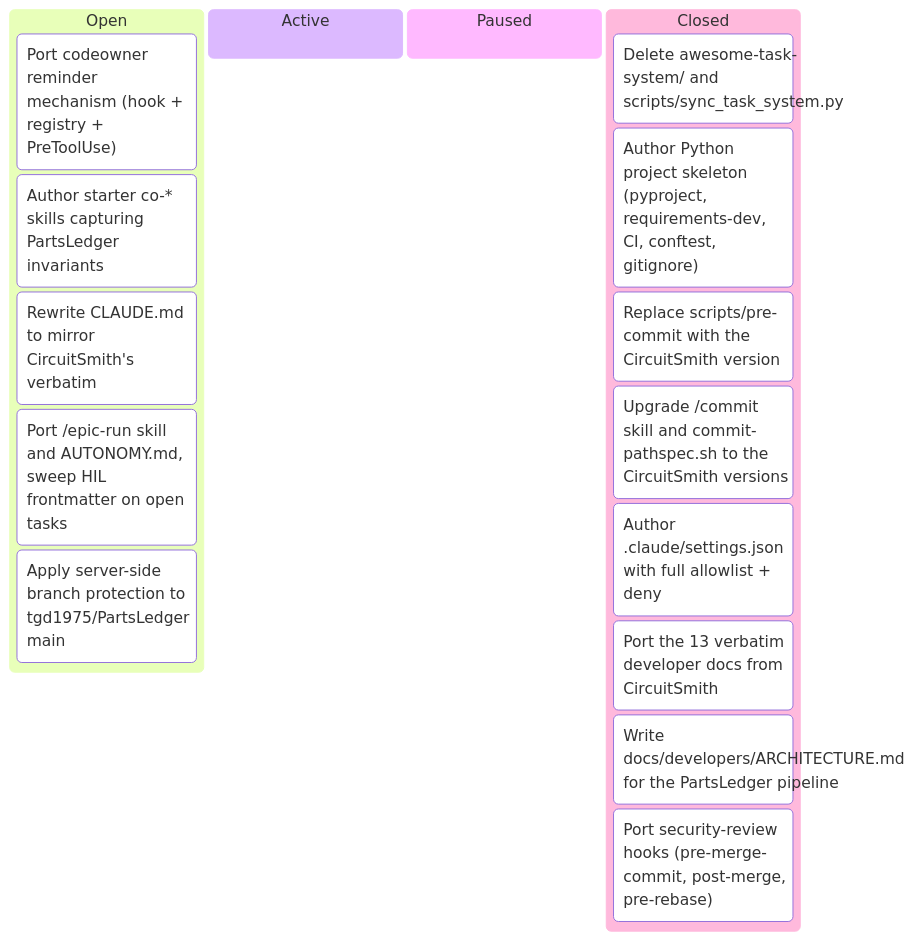
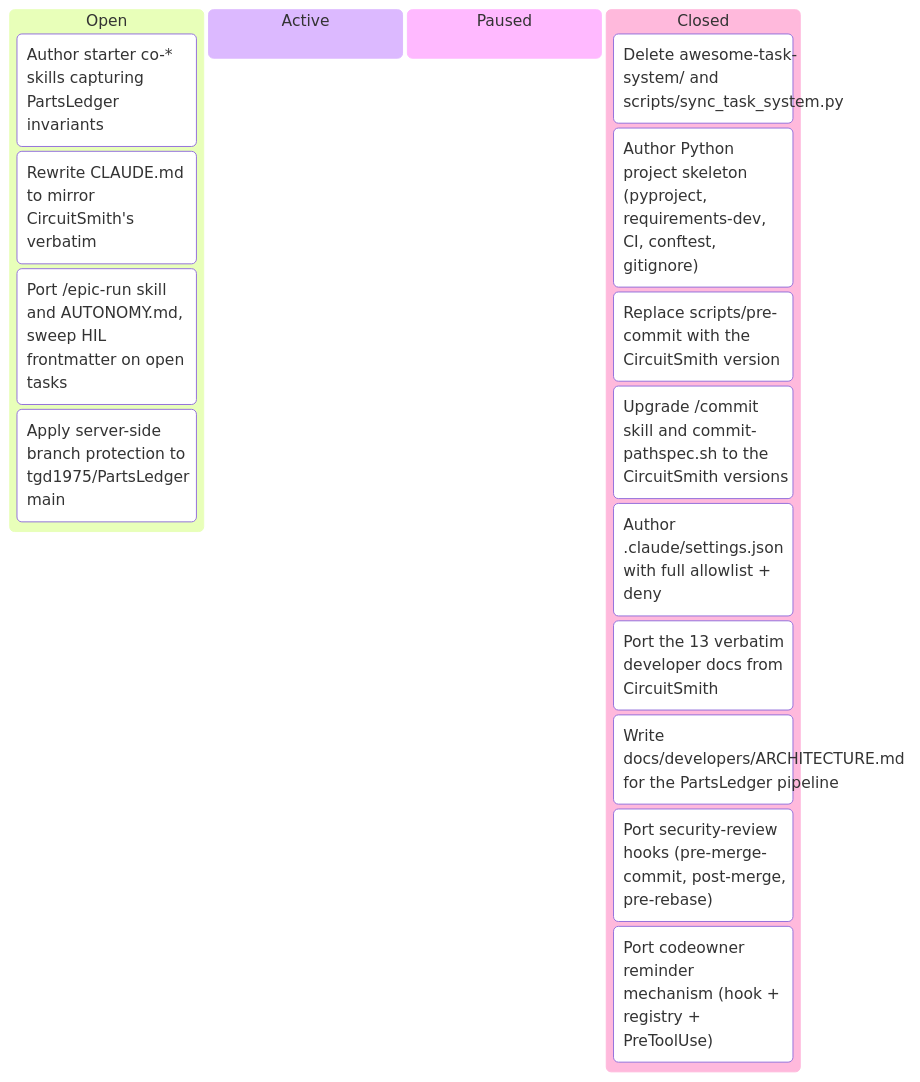
One commit to tgd1975/PartsLedger changed the diagram in docs/developers/tasks/KANBAN.md. Above: the diagram before and after it, drawn with Mermaid. The commit also changed other lines of this file and 8 other files, not shown here.

First line of the commit message:
close TASK-009: Port codeowner reminder mechanism

````diff
--- a/docs/developers/tasks/KANBAN.md
+++ b/docs/developers/tasks/KANBAN.md
@@ -11,20 +11,20 @@
 ```mermaid
 kanban
   Open
-    TASK_009["Port codeowner reminder mechanism (hook + registry + PreToolUse)"]
     TASK_010["Author starter co-* skills capturing PartsLedger invariants"]
     TASK_011["Rewrite CLAUDE.md to mirror CircuitSmith's verbatim"]
     TASK_012["Port /epic-run skill and AUTONOMY.md, sweep HIL frontmatter on open tasks"]
     TASK_013["Apply server-side branch protection to tgd1975/PartsLedger main"]
   Active
   Paused
   Closed
     TASK_001["Delete awesome-task-system/ and scripts/sync_task_system.py"]
     TASK_002["Author Python project skeleton (pyproject, requirements-dev, CI, conftest, gitignore)"]
     TASK_003["Replace scripts/pre-commit with the CircuitSmith version"]
     TASK_004["Upgrade /commit skill and commit-pathspec.sh to the CircuitSmith versions"]
     TASK_005["Author .claude/settings.json with full allowlist + deny"]
     TASK_006["Port the 13 verbatim developer docs from CircuitSmith"]
     TASK_007["Write docs/developers/ARCHITECTURE.md for the PartsLedger pipeline"]
     TASK_008["Port security-review hooks (pre-merge-commit, post-merge, pre-rebase)"]
+    TASK_009["Port codeowner reminder mechanism (hook + registry + PreToolUse)"]
 ```
````
